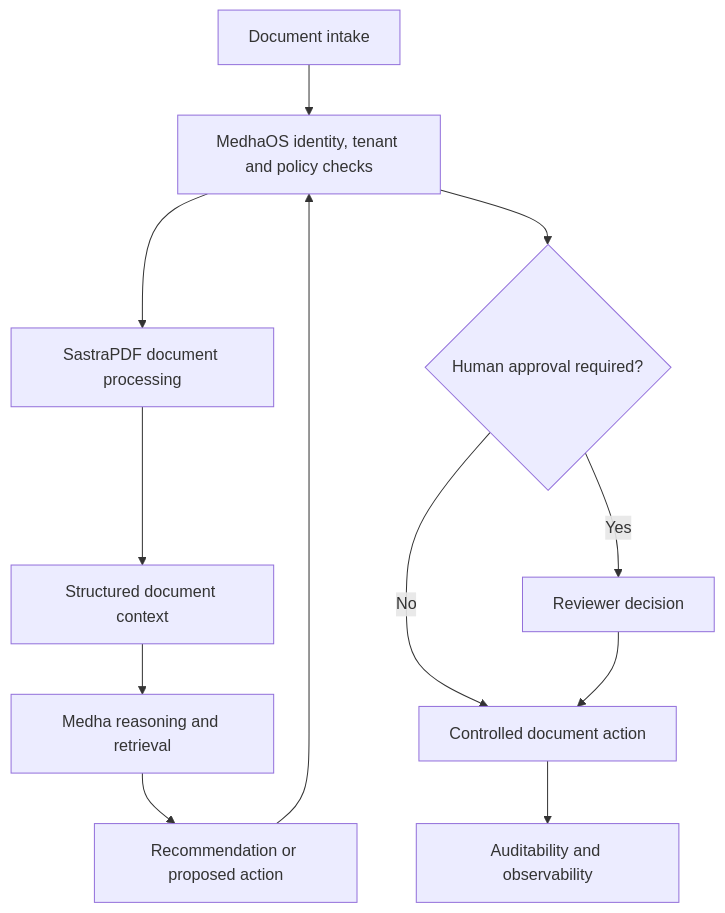
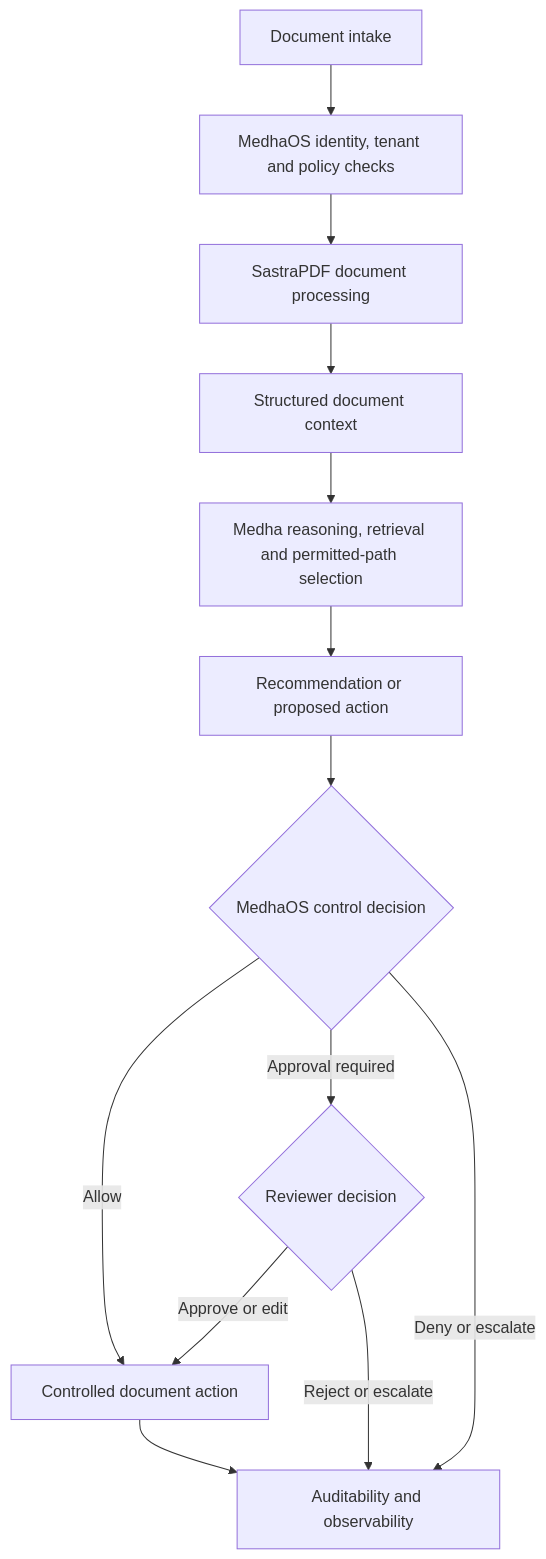
Before and after one commit to sastra-innovations/sastra-public-docs: the diagram in reference-architectures/governed-document-processing.md, drawn with Mermaid. The commit also changed other lines of this file and 14 other files, not shown here.

````diff
--- a/reference-architectures/governed-document-processing.md
+++ b/reference-architectures/governed-document-processing.md
@@ -11,14 +11,15 @@
 ```mermaid
 flowchart TD
   Intake["Document intake"] --> OS["MedhaOS identity, tenant and policy checks"]
   OS --> PDF["SastraPDF document processing"]
   PDF --> Extracted["Structured document context"]
-  Extracted --> Medha["Medha reasoning and retrieval"]
+  Extracted --> Medha["Medha reasoning, retrieval and permitted-path selection"]
   Medha --> Decision["Recommendation or proposed action"]
-  Decision --> OS
-  OS --> Approval{"Human approval required?"}
-  Approval -->|Yes| Review["Reviewer decision"]
-  Approval -->|No| Execute["Controlled document action"]
-  Review --> Execute
-  Execute --> Record["Auditability and observability"]
+  Decision --> Control{"MedhaOS control decision"}
+  Control -->|Allow| Execute["Controlled document action"]
+  Control -->|Approval required| Review{"Reviewer decision"}
+  Control -->|Deny or escalate| Record["Auditability and observability"]
+  Review -->|Approve or edit| Execute
+  Review -->|Reject or escalate| Record
+  Execute --> Record
 ```
````
